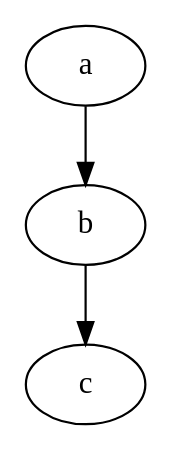
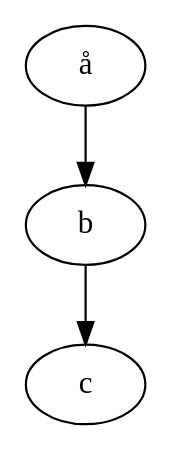
One commit to rebeam-org-zz/pandocker changed the first of 5 diagrams in example.md. Above: the diagram before and after it, drawn with Graphviz. The commit also changed other lines of this file and 2 other files, not shown here.

Commit message:
Use high dpi png for graphviz

````diff
--- a/example.md
+++ b/example.md
@@ -31,6 +27,6 @@
 ```graphviz
 digraph {
-  a -> b;
+  å -> b;
   b -> c;
 }
 ```
````
